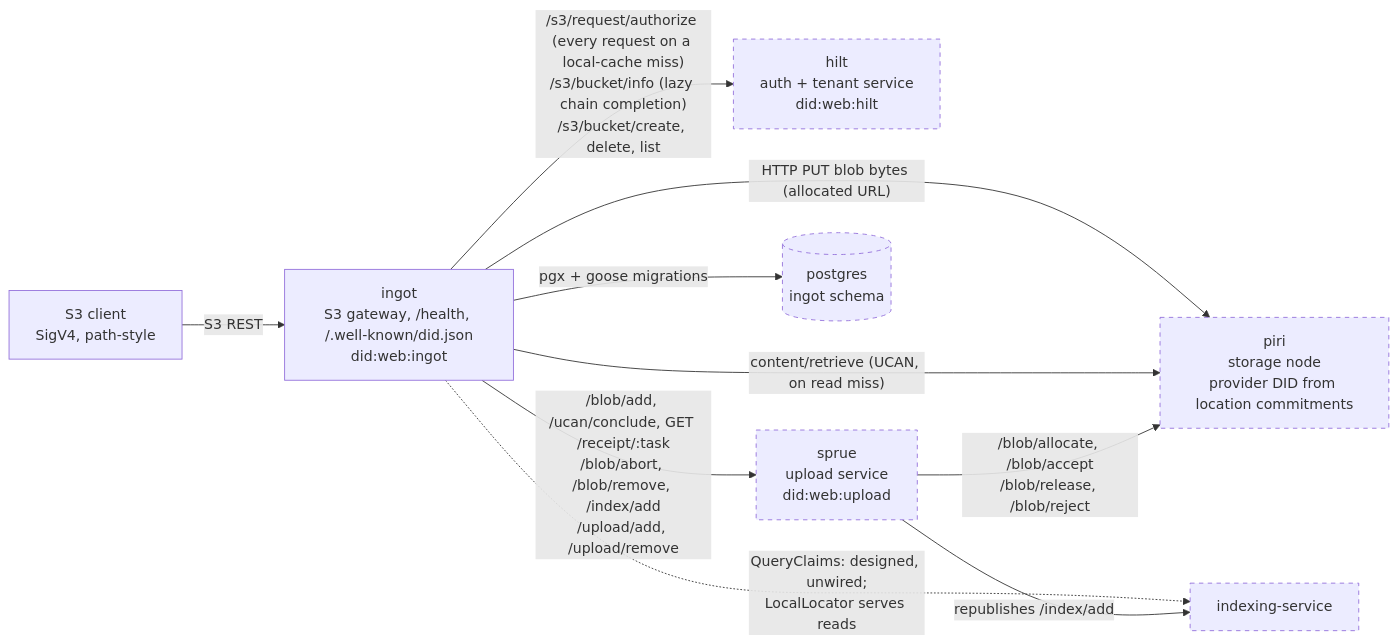
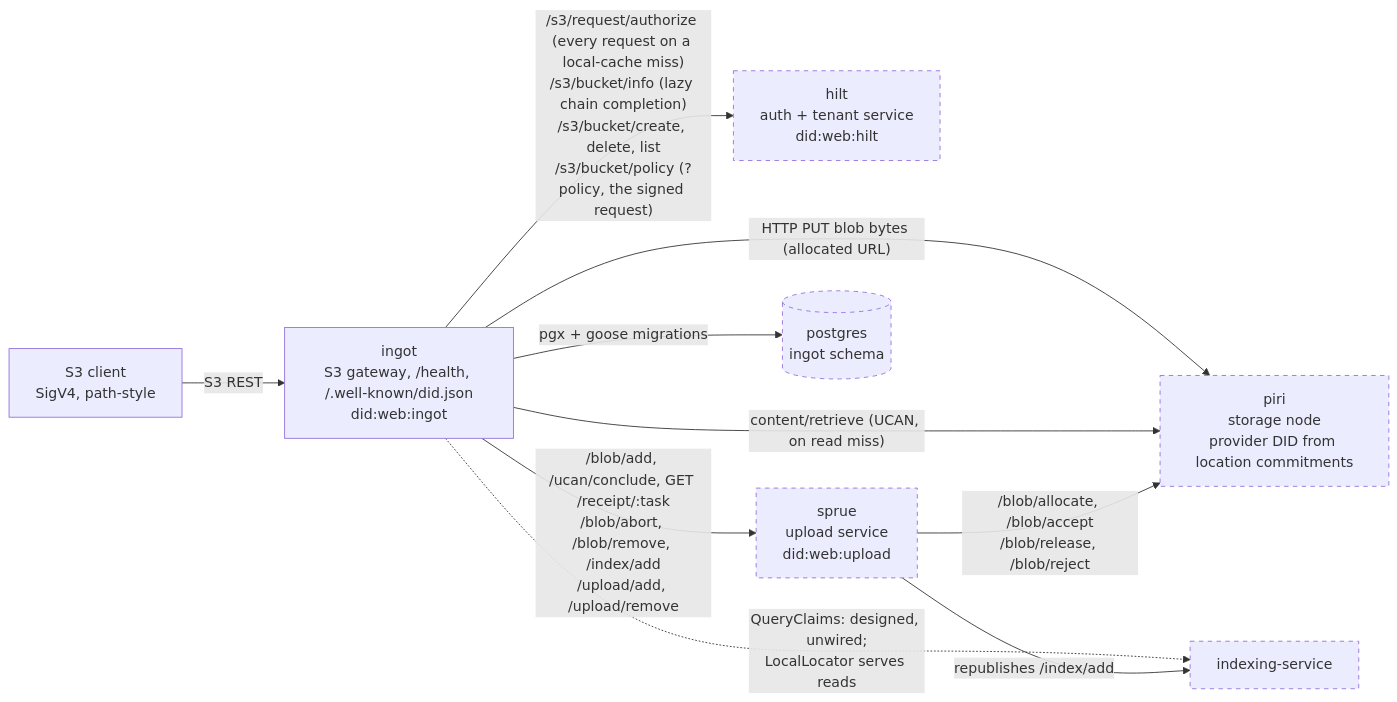
The first of 14 diagrams in docs/diagrams.md (fil-forge/ingot), drawn with Mermaid before and after one commit. The commit also changed other lines of this file and 17 other files, not shown here.

````diff
--- a/docs/diagrams.md
+++ b/docs/diagrams.md
@@ -45,23 +45,23 @@
 ```mermaid
 flowchart LR
     client["S3 client<br/>SigV4, path-style"]
     ingot["ingot<br/>S3 gateway, /health, /.well-known/did.json<br/>did:web:ingot"]
     hilt["hilt<br/>auth + tenant service<br/>did:web:hilt"]
     sprue["sprue<br/>upload service<br/>did:web:upload"]
     piri["piri<br/>storage node<br/>provider DID from location commitments"]
     pg[("postgres<br/>ingot schema")]
     idx["indexing-service"]
 
     client -->|"S3 REST"| ingot
-    ingot -->|"/s3/request/authorize (every request on a local-cache miss)<br/>/s3/bucket/info (lazy chain completion)<br/>/s3/bucket/create, delete, list"| hilt
+    ingot -->|"/s3/request/authorize (every request on a local-cache miss)<br/>/s3/bucket/info (lazy chain completion)<br/>/s3/bucket/create, delete, list<br/>/s3/bucket/policy (?policy, the signed request)"| hilt
     ingot -->|"/blob/add, /ucan/conclude, GET /receipt/:task<br/>/blob/abort, /blob/remove, /index/add<br/>/upload/add, /upload/remove"| sprue
     ingot -->|"HTTP PUT blob bytes (allocated URL)"| piri
     ingot -->|"content/retrieve (UCAN, on read miss)"| piri
     ingot -->|"pgx + goose migrations"| pg
     ingot -.->|"QueryClaims: designed, unwired;<br/>LocalLocator serves reads"| idx
     sprue -->|"/blob/allocate, /blob/accept<br/>/blob/release, /blob/reject"| piri
     sprue -->|"republishes /index/add"| idx
 
     classDef external stroke-dasharray: 5 5
     class hilt,sprue,piri,pg,idx external
 ```
````
